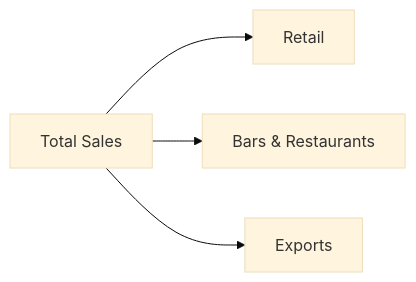
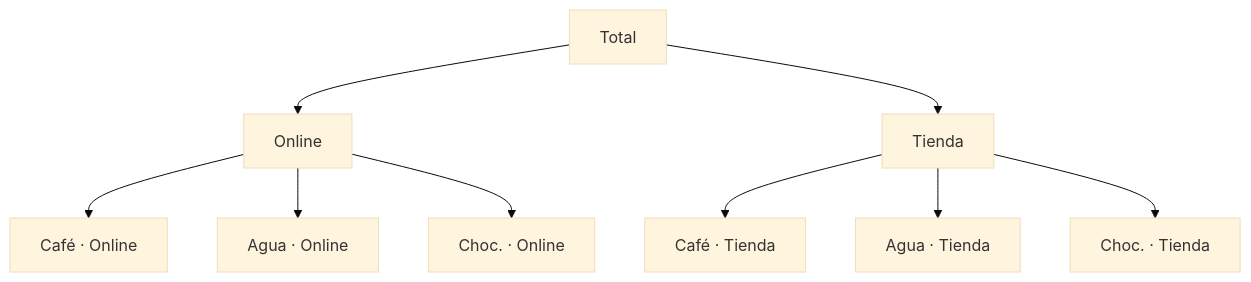
Before and after one commit to pbenavidesh/narsil: the third of 8 diagrams in docs/modules/module_4/04_hierarchical/hierarchical.llms.md, drawn with Mermaid (base theme). The commit also changed other lines of this file and 186 other files, not shown here.

````diff
--- a/docs/modules/module_4/04_hierarchical/hierarchical.llms.md
+++ b/docs/modules/module_4/04_hierarchical/hierarchical.llms.md
@@ -123,11 +200,21 @@
 ``` mermaid
-graph LR
-    T["Total Sales"]
-    R["Retail"]
-    BR["Bars & Restaurants"]
-    EX["Exports"]
+graph TD
+    T["Total"]
+    ON["Online"]
+    TI["Tienda"]
+    CAO["Café · Online"]
+    AGO["Agua · Online"]
+    CHO["Choc. · Online"]
+    CAT["Café · Tienda"]
+    AGT["Agua · Tienda"]
+    CHT["Choc. · Tienda"]
 
-    T --> R
-    T --> BR
-    T --> EX
+    T --> ON
+    T --> TI
+    ON --> CAO
+    ON --> AGO
+    ON --> CHO
+    TI --> CAT
+    TI --> AGT
+    TI --> CHT
 ```
````
